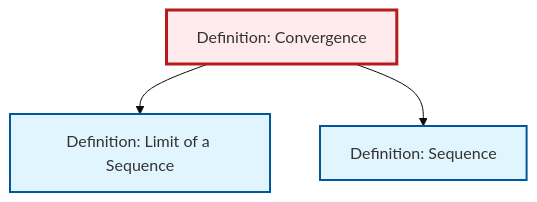
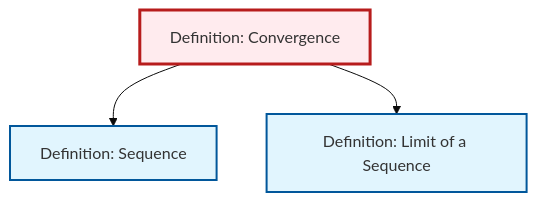
The diagram in content/en/analysis/def-convergence.qmd (RK0429/ModernMath), drawn with Mermaid (base theme) before and after one commit. The commit also changed other lines of this file and 434 other files, not shown here.

````diff
--- a/content/en/analysis/def-convergence.qmd
+++ b/content/en/analysis/def-convergence.qmd
@@ -76,17 +76,17 @@
 ```{mermaid}
 %%| fig-cap: "Local dependency graph"
 graph TD
     classDef definition fill:#e1f5fe,stroke:#01579b,stroke-width:2px
     classDef theorem fill:#f3e5f5,stroke:#4a148c,stroke-width:2px
     classDef axiom fill:#fff3e0,stroke:#e65100,stroke-width:2px
     classDef example fill:#e8f5e9,stroke:#1b5e20,stroke-width:2px
     classDef current fill:#ffebee,stroke:#b71c1c,stroke-width:3px
+    def-convergence["Definition: Convergence"]:::definition
     def-sequence["Definition: Sequence"]:::definition
-    def-convergence["Definition: Convergence"]:::definition
     def-limit["Definition: Limit of a Sequence"]:::definition
+    def-convergence --> def-sequence
     def-convergence --> def-limit
-    def-convergence --> def-sequence
     class def-convergence current
     click def-sequence "def-sequence.html" "Go to Sequence definition"
     click def-limit "def-limit.html" "Go to Limit of a Sequence definition"
 ```
````
